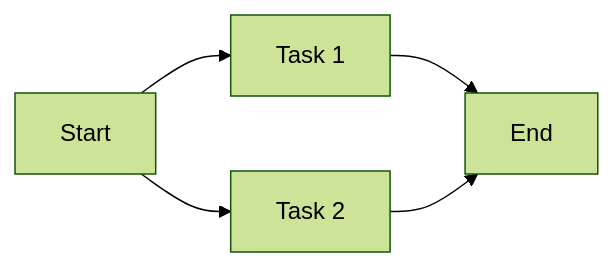
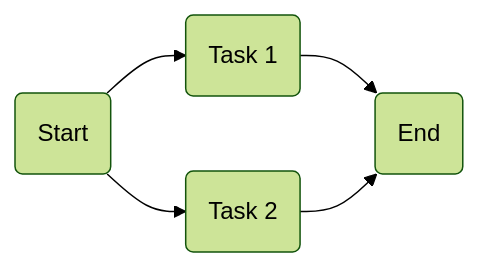
Before and after one commit to jacebenson/workflow: the diagram in public/mmd/0-approval-2-task-parallel.mmd, drawn with Mermaid (forest theme). The commit also changed 9 other files, not shown here.

```diff
--- a/public/mmd/0-approval-2-task-parallel.mmd
+++ b/public/mmd/0-approval-2-task-parallel.mmd
@@ -1,10 +1,10 @@
 graph LR
-  S0[Start]
-  T1[Task 1]
-  T2[Task 2]
-  E0[End]
+  S0(Start)
+  T1(Task 1)
+  T2(Task 2)
+  E0(End)
   
   S0-->T1
   S0-->T2
   T1-->E0
   T2-->E0
```
